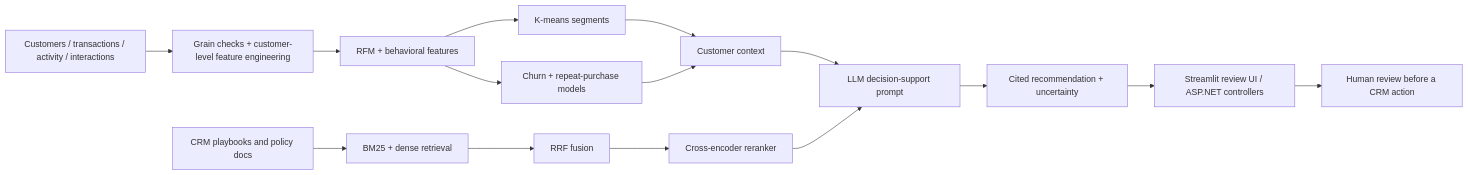
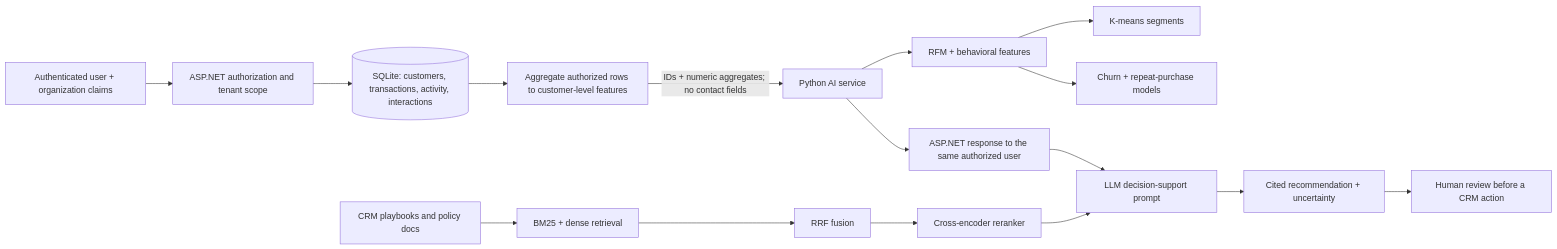
Before and after one commit to neethutuvr-tech/ai-crm-customer-intelligence: the diagram in README.md, drawn with Mermaid. The commit also changed other lines of this file and 56 other files, not shown here.

Commit message:
Add tenant-scoped CRM and AI segmentation foundation

````diff
--- a/README.md
+++ b/README.md
@@ -11,17 +13,18 @@
 ```mermaid
 flowchart LR
-    A[Customers / transactions / activity / interactions] --> B[Grain checks + customer-level feature engineering]
-    B --> C[RFM + behavioral features]
-    C --> D[K-means segments]
-    C --> E[Churn + repeat-purchase models]
-    D --> F[Customer context]
-    E --> F
-    G[CRM playbooks and policy docs] --> H[BM25 + dense retrieval]
-    H --> I[RRF fusion]
-    I --> J[Cross-encoder reranker]
-    F --> K[LLM decision-support prompt]
-    J --> K
-    K --> L[Cited recommendation + uncertainty]
-    L --> M[Streamlit review UI / ASP.NET controllers]
+    U[Authenticated user + organization claims] --> A[ASP.NET authorization and tenant scope]
+    A --> DB[(SQLite: customers, transactions, activity, interactions)]
+    DB --> B[Aggregate authorized rows to customer-level features]
+    B -->|IDs + numeric aggregates; no contact fields| C[Python AI service]
+    C --> D[RFM + behavioral features]
+    D --> E[K-means segments]
+    D --> F[Churn + repeat-purchase models]
+    C --> G[ASP.NET response to the same authorized user]
+    H[CRM playbooks and policy docs] --> I[BM25 + dense retrieval]
+    I --> J[RRF fusion]
+    J --> K[Cross-encoder reranker]
+    G --> L[LLM decision-support prompt]
+    K --> L
+    L --> M[Cited recommendation + uncertainty]
     M --> N[Human review before a CRM action]
 ```
````
